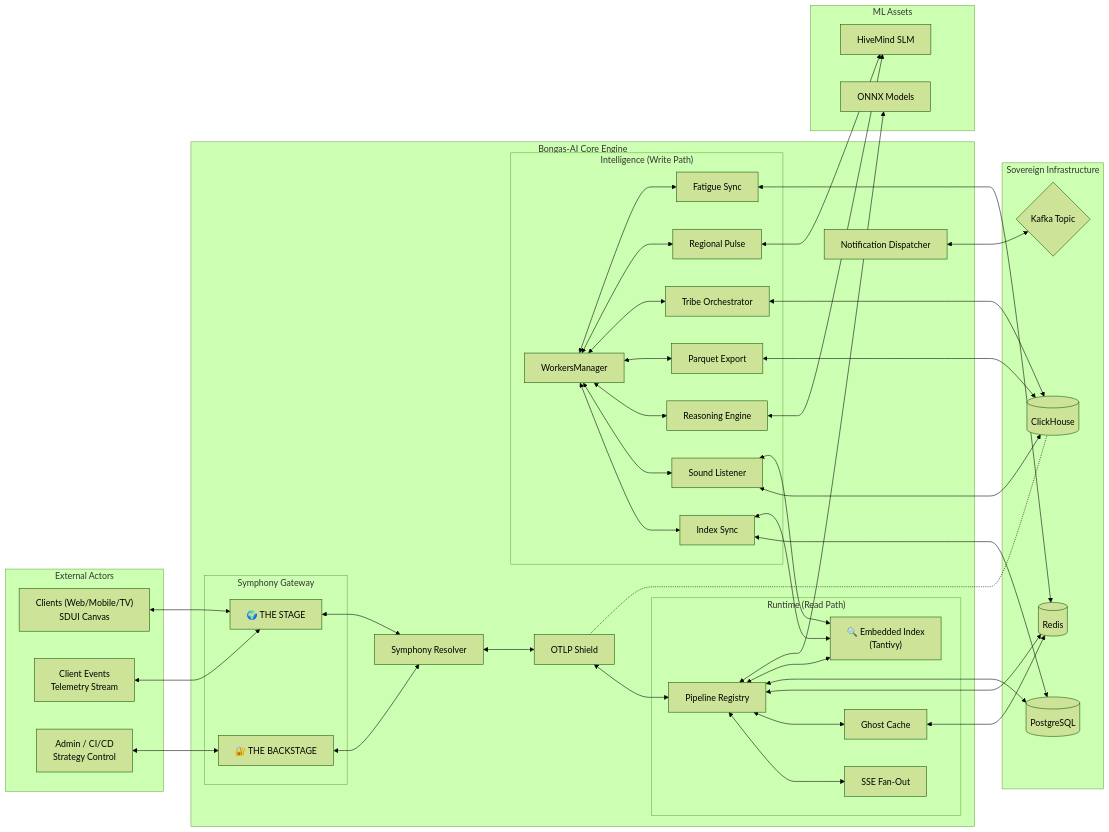
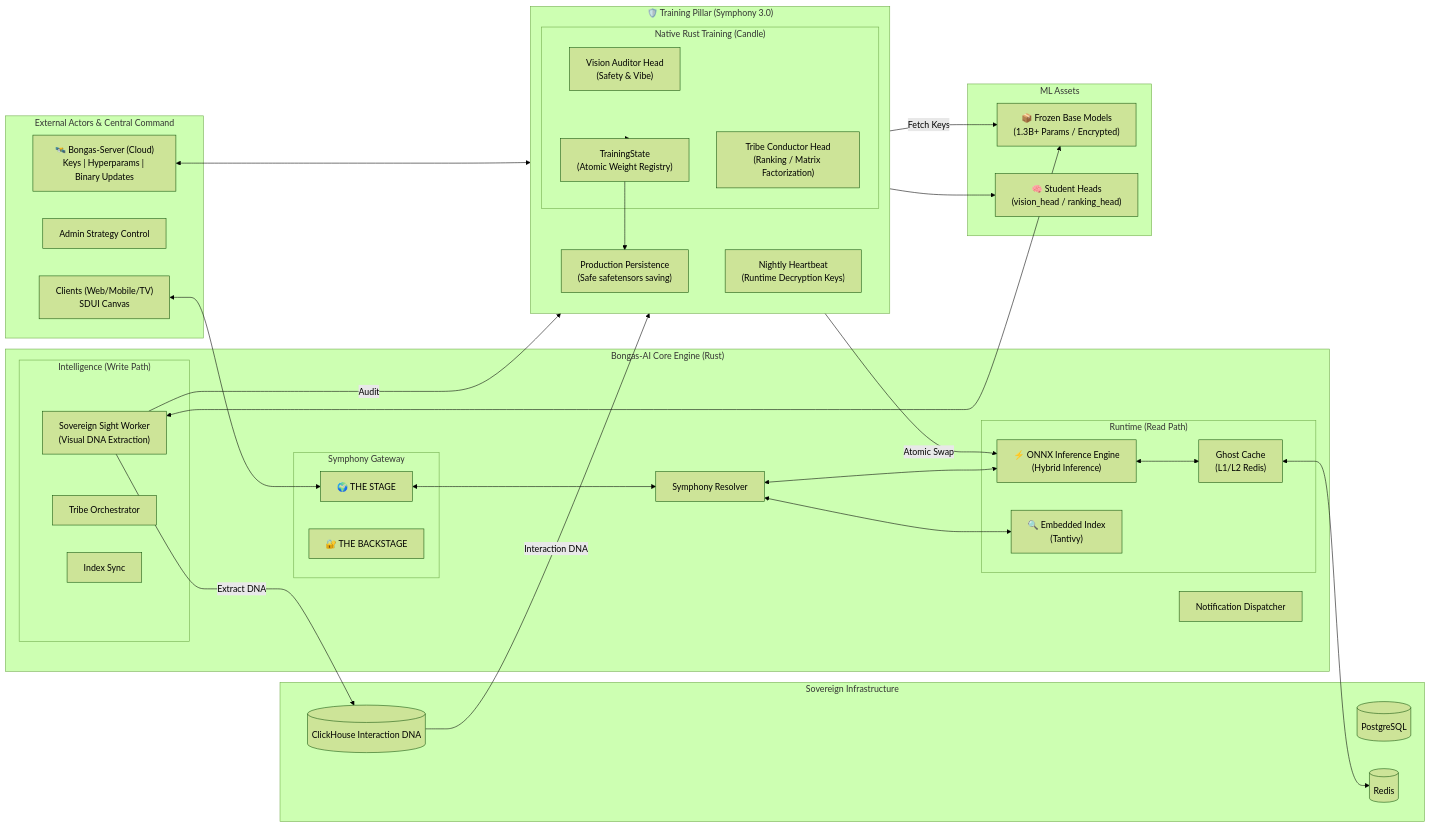
Before and after one commit to adiozdaniel/bongas-ai: the diagram in docs/architecture/SYMPHONY.md, drawn with Mermaid (forest theme). The commit also changed other lines of this file and 2 other files, not shown here.

Commit message:
docs(arch): update SYMPHONY.md for Symphony 3.0
  details:
   - overhauled SYMPHONY.md documentation to reflect the Symphony 3.0 architectural evolution
   - replaced the SDUI-centric diagram with a comprehensive Sovereign Intelligence Orchestrator map
   - detailed the Native Rust Training (Candle) integration and the Training Pillar (M21.5)
   - documented the Atomic Weight Registry, Production Persistence, and Hybrid Inference flows
   - simplified the .gitignore by un-ignoring the models/ directory for local model management

  impact:
   - provides an up-to-date technical blueprint for the sovereign ML training ecosystem
   - aligns architectural documentation with the latest implementation of native student heads
   - ensures consistent project structure for local model weight persistence and loading

````diff
--- a/docs/architecture/SYMPHONY.md
+++ b/docs/architecture/SYMPHONY.md
@@ -16,43 +16,46 @@
 ```mermaid
 graph LR
-    %% External Actors
-    subgraph ClientSpace ["External Actors"]
+    %% External Actors & Central Control
+    subgraph ClientSpace ["External Actors & Central Command"]
         UI["Clients (Web/Mobile/TV)<br/>SDUI Canvas"]
-        Telemetry["Client Events<br/>Telemetry Stream"]
-        Admin["Admin / CI/CD<br/>Strategy Control"]
+        Admin["Admin Strategy Control"]
+        CentralServer["🛰️ Bongas-Server (Cloud)<br/>Keys | Hyperparams | Binary Updates"]
+    end
+
+    %% Sovereign Intelligence Orchestrator
+    subgraph SovereignOrchestrator ["🛡️ Training Pillar (Symphony 3.0)"]
+        direction TB
+        Heartbeat["Nightly Heartbeat<br/>(Runtime Decryption Keys)"]
+        
+        subgraph NativeTrainer ["Native Rust Training (Candle)"]
+            VisionAuditor["Vision Auditor Head<br/>(Safety & Vibe)"]
+            TribeRanker["Tribe Conductor Head<br/>(Ranking / Matrix Factorization)"]
+            TrainingState["TrainingState<br/>(Atomic Weight Registry)"]
+        end
+        
+        Persistence["Production Persistence<br/>(Safe safetensors saving)"]
     end
 
     %% Bongas-AI Application
-    subgraph BongasAI ["Bongas-AI Core Engine"]
+    subgraph BongasAI ["Bongas-AI Core Engine (Rust)"]
         
-        %% API Gateway Layer
         subgraph APIGateway ["Symphony Gateway"]
             StageAPI["🌍 THE STAGE"]
             BackstageAPI["🔐 THE BACKSTAGE"]
         end
 
         Resolver["Symphony Resolver"]
-        OTLP["OTLP Shield"]
 
-        %% The Read Path
         subgraph RuntimePlane ["Runtime (Read Path)"]
-            Registry["Pipeline Registry"]
-            SSE["SSE Fan-Out"]
-            Ghost["Ghost Cache"]
-            SearchIndex["🔍 Embedded Index<br/>(Tantivy)"]
+            InferenceEngine["⚡ ONNX Inference Engine<br/>(Hybrid Inference)"]
+            TantivyIndex["🔍 Embedded Index<br/>(Tantivy)"]
+            GhostCache["Ghost Cache<br/>(L1/L2 Redis)"]
         end
         
-        %% The Write/Async Path
-        subgraph ControlPlane ["Intelligence (Write Path)"]
-            Workers["WorkersManager"]
-            
-            TribeWorker["Tribe Orchestrator"]
+        subgraph WorkerPlane ["Intelligence (Write Path)"]
+            SovereignSight["Sovereign Sight Worker<br/>(Visual DNA Extraction)"]
+            TribeOrch["Tribe Orchestrator"]
             SearchSync["Index Sync"]
-            SoundWorker["Sound Listener"]
-            PulseWorker["Regional Pulse"]
-            ReasoningWorker["Reasoning Engine"]
-            FatigueWorker["Fatigue Sync"]
-            ExportWorker["Parquet Export"]
         end
 
         Notifier["Notification Dispatcher"]
@@ -62,53 +65,40 @@
     subgraph DataLayer ["Sovereign Infrastructure"]
         PG[(PostgreSQL)]
         Redis[(Redis)]
-        ClickHouse[(ClickHouse)]
-        Kafka{"Kafka Topic"}
+        ClickHouse[(ClickHouse Interaction DNA)]
     end
 
     %% ML / Intelligence Integration
     subgraph IntelligenceLayer ["ML Assets"]
-        ONNX["ONNX Models"]
-        HiveMind["HiveMind SLM"]
+        FrozenModels["📦 Frozen Base Models<br/>(1.3B+ Params / Encrypted)"]
+        StudentHeads["🧠 Student Heads<br/>(vision_head / ranking_head)"]
     end
 
     %% --- CONNECTIONS ---
     
-    %% --- DISCOVERY PATHS ---
+    %% Orchestration & Security
+    CentralServer <--> Heartbeat
+    Heartbeat -- "Fetch Keys" --> FrozenModels
+    
+    %% Training Flow
+    ClickHouse -- "Interaction DNA" --> NativeTrainer
+    NativeTrainer --> TrainingState
+    TrainingState -- "Atomic Swap" --> InferenceEngine
+    TrainingState --> Persistence
+    Persistence --> StudentHeads
+    
+    %% Discovery & Search
     UI <--> StageAPI
-    Telemetry <--> StageAPI
     StageAPI <--> Resolver
-    Resolver <--> OTLP
-    OTLP <--> Registry
-    Registry <--> SSE
-    Registry <--> Ghost
-    Registry <--> Redis
-    Registry <--> PG
-    Registry <--> SearchIndex
-    Registry <--> ONNX
-    Ghost <--> Redis
+    Resolver <--> InferenceEngine
+    Resolver <--> TantivyIndex
+    
+    %% DNA Extraction
+    SovereignSight <--> FrozenModels
+    SovereignSight -- "Extract DNA" --> ClickHouse
+    SovereignSight -- "Audit" --> NativeTrainer
 
-    %% --- INTELLIGENCE PATHS ---
-    Workers <--> SearchSync
-    Workers <--> SoundWorker
-    Workers <--> ReasoningWorker
-    Workers <--> ExportWorker
-    SearchSync <--> PG
-    SearchSync <--> SearchIndex
-    SoundWorker <--> ClickHouse
-    SoundWorker <--> SearchIndex
-    ExportWorker <--> ClickHouse
-    ReasoningWorker <--> HiveMind
-    PulseWorker <--> HiveMind
-    OTLP -.- ClickHouse
-
-    %% --- MANAGEMENT PATHS ---
-    Admin <--> BackstageAPI
-    BackstageAPI <--> Resolver
-    Workers <--> TribeWorker
-    Workers <--> PulseWorker
-    Workers <--> FatigueWorker
-    FatigueWorker <--> Redis
-    TribeWorker <--> ClickHouse
-    Notifier <--> Kafka
+    %% Cache & Persistence
+    InferenceEngine <--> GhostCache
+    GhostCache <--> Redis
 ```
````
